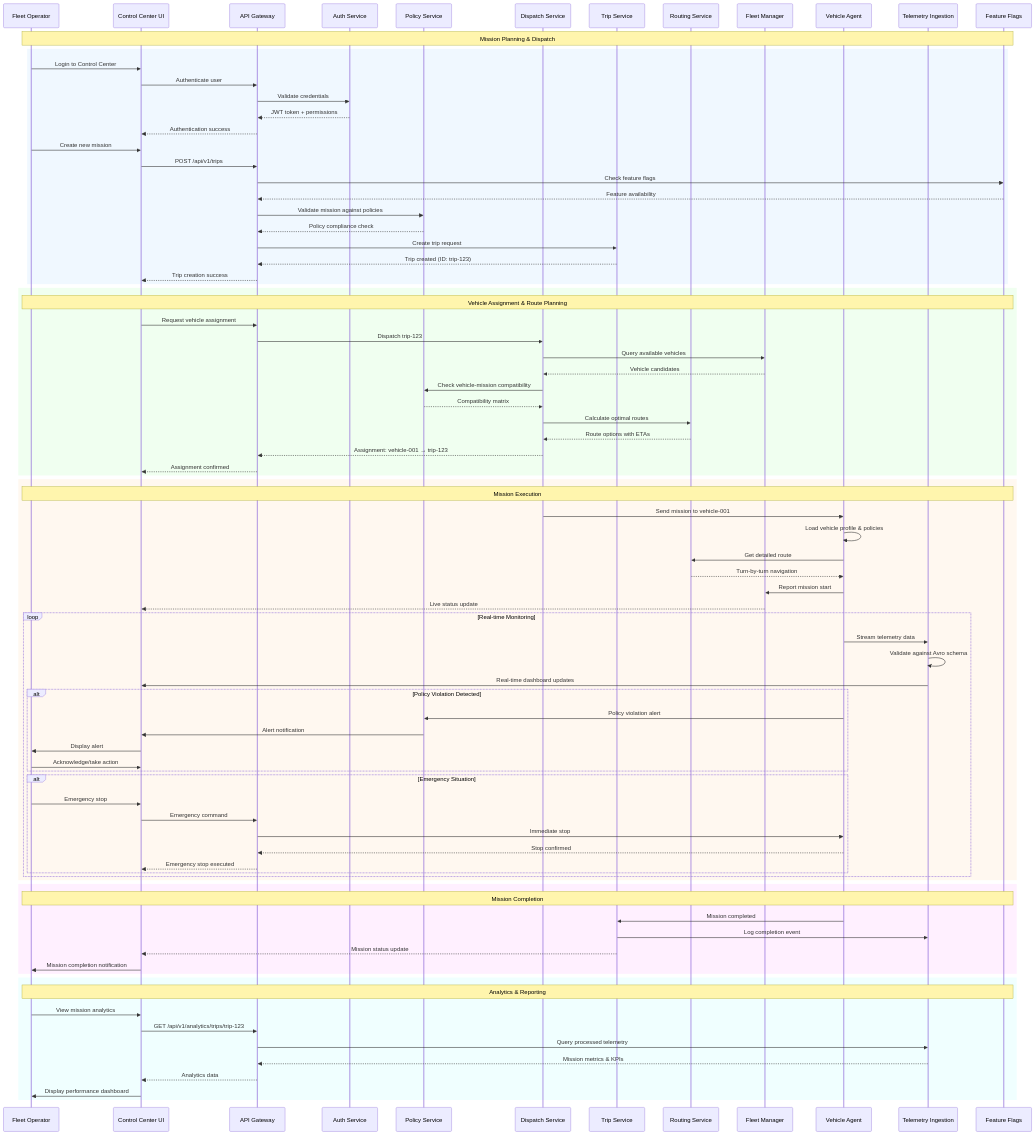
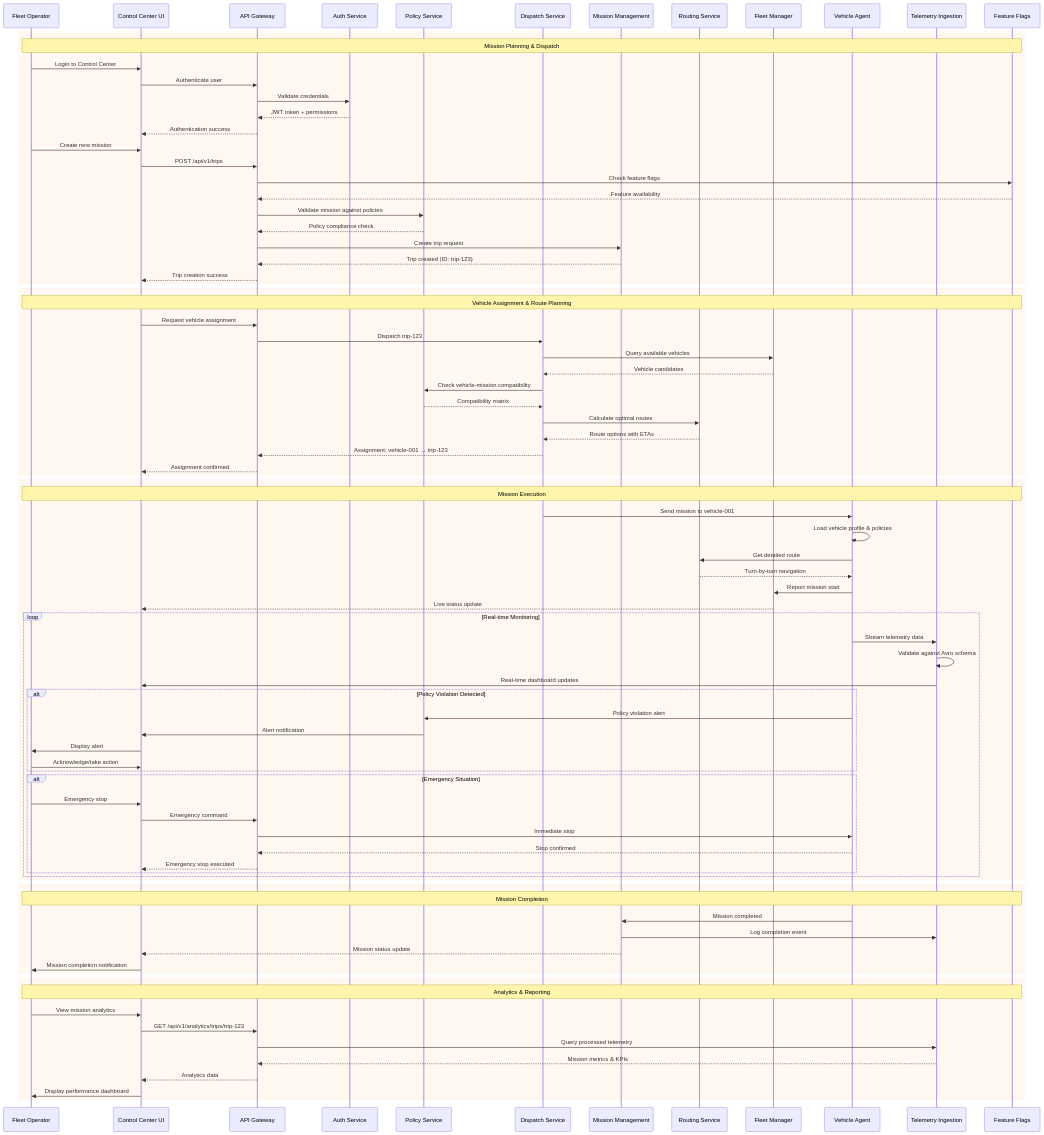
One commit to suprachakra/AtlasMesh-Fleet-OS changed the fourth of 10 diagrams in README.md. Above: the diagram before and after it, drawn with Mermaid. The commit also changed other lines of this file, not shown here.

```diff
--- a/README.md
+++ b/README.md
@@ -201,15 +284,15 @@
     participant AS as Auth Service
     participant PS as Policy Service
     participant DS as Dispatch Service
-    participant TS as Trip Service
+    participant TS as Mission Management
     participant RS as Routing Service
     participant FM as Fleet Manager
     participant VA as Vehicle Agent
     participant TI as Telemetry Ingestion
     participant FF as Feature Flags
     
+    rect rgb(255, 248, 240)
     Note over U,FF: Mission Planning & Dispatch
-    rect rgb(240, 248, 255)
     U->>CC: Login to Control Center
     CC->>AG: Authenticate user
     AG->>AS: Validate credentials
@@ -226,9 +309,9 @@
     TS-->>AG: Trip created (ID: trip-123)
     AG-->>CC: Trip creation success
     end
-        rect rgb(240, 255, 240)
+    
+    rect rgb(255, 248, 240)
     Note over U,FF: Vehicle Assignment & Route Planning
-
     CC->>AG: Request vehicle assignment
     AG->>DS: Dispatch trip-123
     DS->>FM: Query available vehicles
@@ -240,7 +323,7 @@
     DS-->>AG: Assignment: vehicle-001 → trip-123
     AG-->>CC: Assignment confirmed
     end
-
+    
     rect rgb(255, 248, 240)
     Note over U,FF: Mission Execution
     DS->>VA: Send mission to vehicle-001
@@ -271,17 +354,17 @@
         end
     end
     end
-            rect rgb(255, 240, 255)
+    
+    rect rgb(255, 248, 240)
     Note over U,FF: Mission Completion
-
     VA->>TS: Mission completed
     TS->>TI: Log completion event
     TS-->>CC: Mission status update
     CC->>U: Mission completion notification
     end
-     rect rgb(240, 255, 255)
+    
+    rect rgb(255, 248, 240)
     Note over U,FF: Analytics & Reporting
-       
     U->>CC: View mission analytics
     CC->>AG: GET /api/v1/analytics/trips/trip-123
     AG->>TI: Query processed telemetry
```
